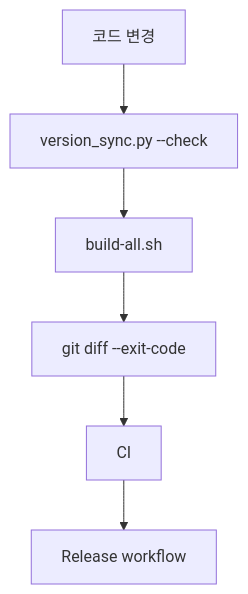
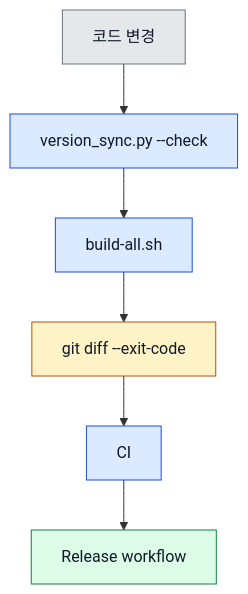
Before and after one commit to Jimmy-Jung/ai-symbiote: the third of 3 diagrams in docs/07-운영-흐름-및-배포.md, drawn with Mermaid. The commit also changed other lines of this file and 10 other files, not shown here.

Commit message:
docs(mermaid): 다이어그램 대비 색상 개선

````diff
--- a/docs/07-운영-흐름-및-배포.md
+++ b/docs/07-운영-흐름-및-배포.md
@@ -37,8 +53,15 @@
 ```mermaid
 flowchart TD
     A["코드 변경"] --> B["version_sync.py --check"]
     B --> C["build-all.sh"]
     C --> D["git diff --exit-code"]
     D --> E["CI"]
     E --> F["Release workflow"]
+
+    style A fill:#e5e7eb,stroke:#6b7280,color:#111827
+    style B fill:#dbeafe,stroke:#1d4ed8,color:#111827
+    style C fill:#dbeafe,stroke:#1d4ed8,color:#111827
+    style D fill:#fef3c7,stroke:#b45309,color:#111827
+    style E fill:#dbeafe,stroke:#1d4ed8,color:#111827
+    style F fill:#dcfce7,stroke:#15803d,color:#111827
 ```
````
